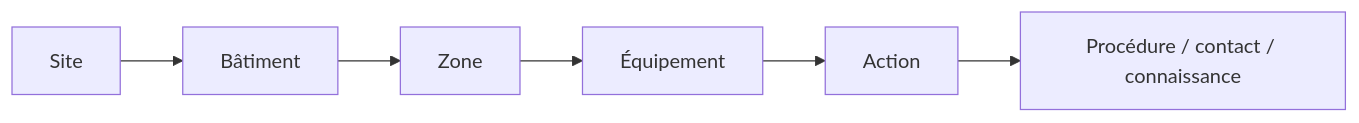
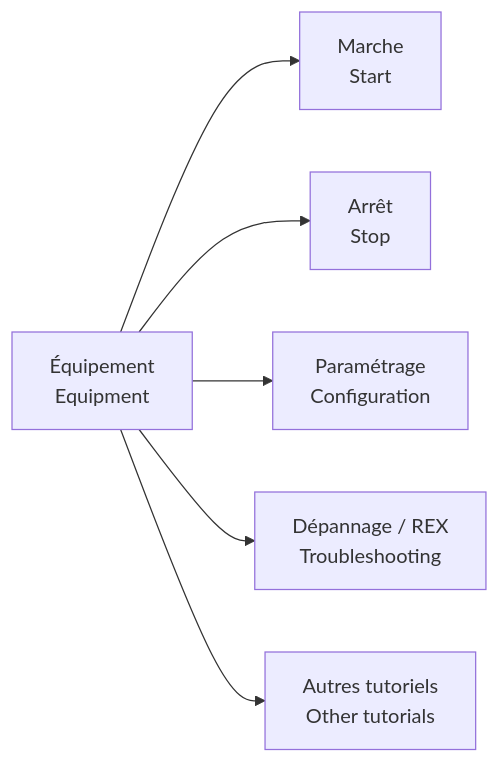
The second of 6 diagrams in projects/building-operations-hub/README.md (jeffersonkuku/jefferson-Mawapanga-Saku), drawn with Mermaid before and after one commit. The commit also changed other lines of this file, not shown here.

````diff
--- a/projects/building-operations-hub/README.md
+++ b/projects/building-operations-hub/README.md
@@ -77,8 +85,8 @@
 ```mermaid
 flowchart LR
-    A[Site] --> B[Bâtiment]
-    B --> C[Zone]
-    C --> D[Équipement]
-    D --> E[Action]
-    E --> F[Procédure / contact / connaissance]
+    A[Équipement<br/>Equipment] --> B[Marche<br/>Start]
+    A --> C[Arrêt<br/>Stop]
+    A --> D[Paramétrage<br/>Configuration]
+    A --> E[Dépannage / REX<br/>Troubleshooting]
+    A --> F[Autres tutoriels<br/>Other tutorials]
 ```
````
